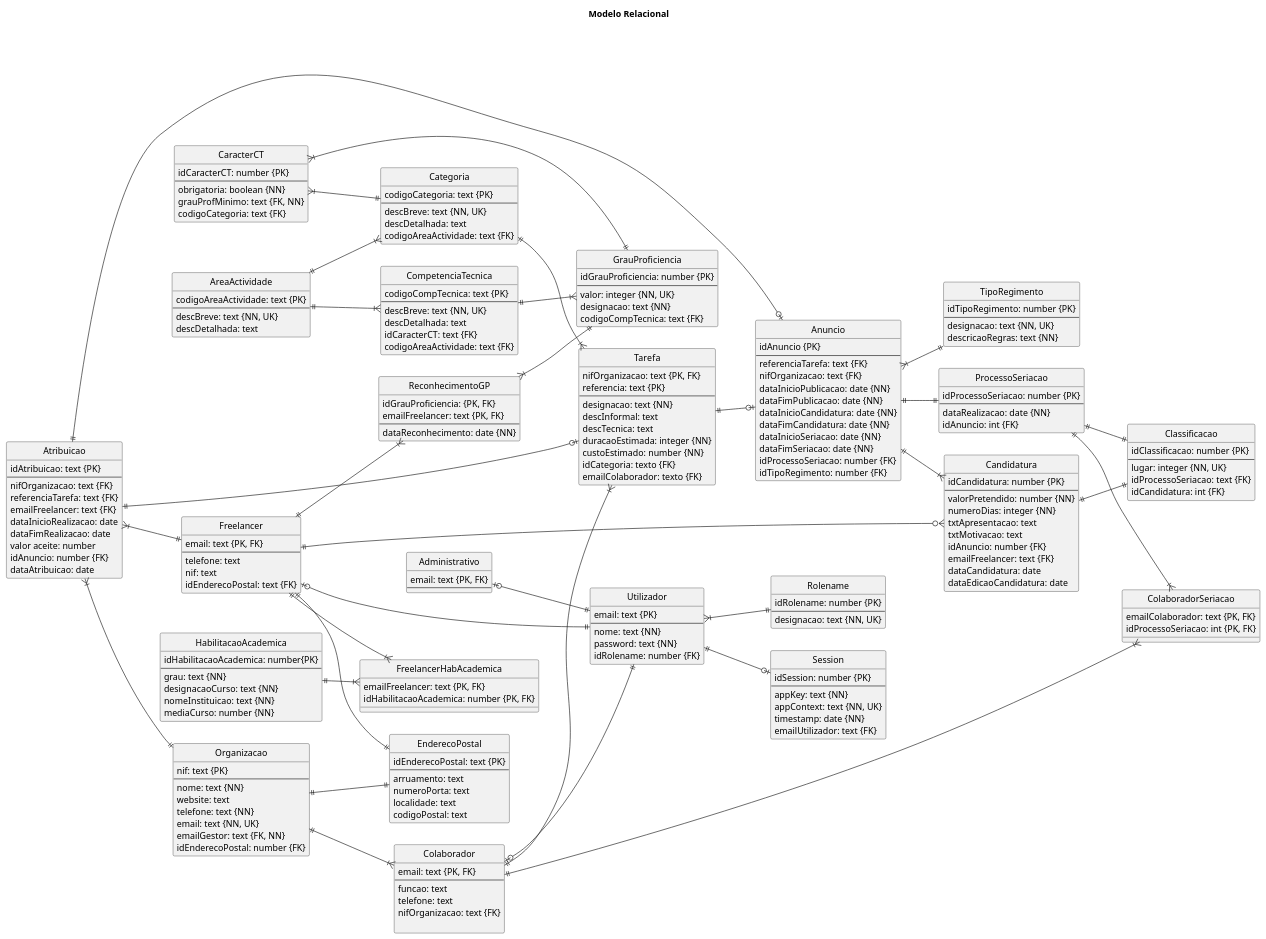
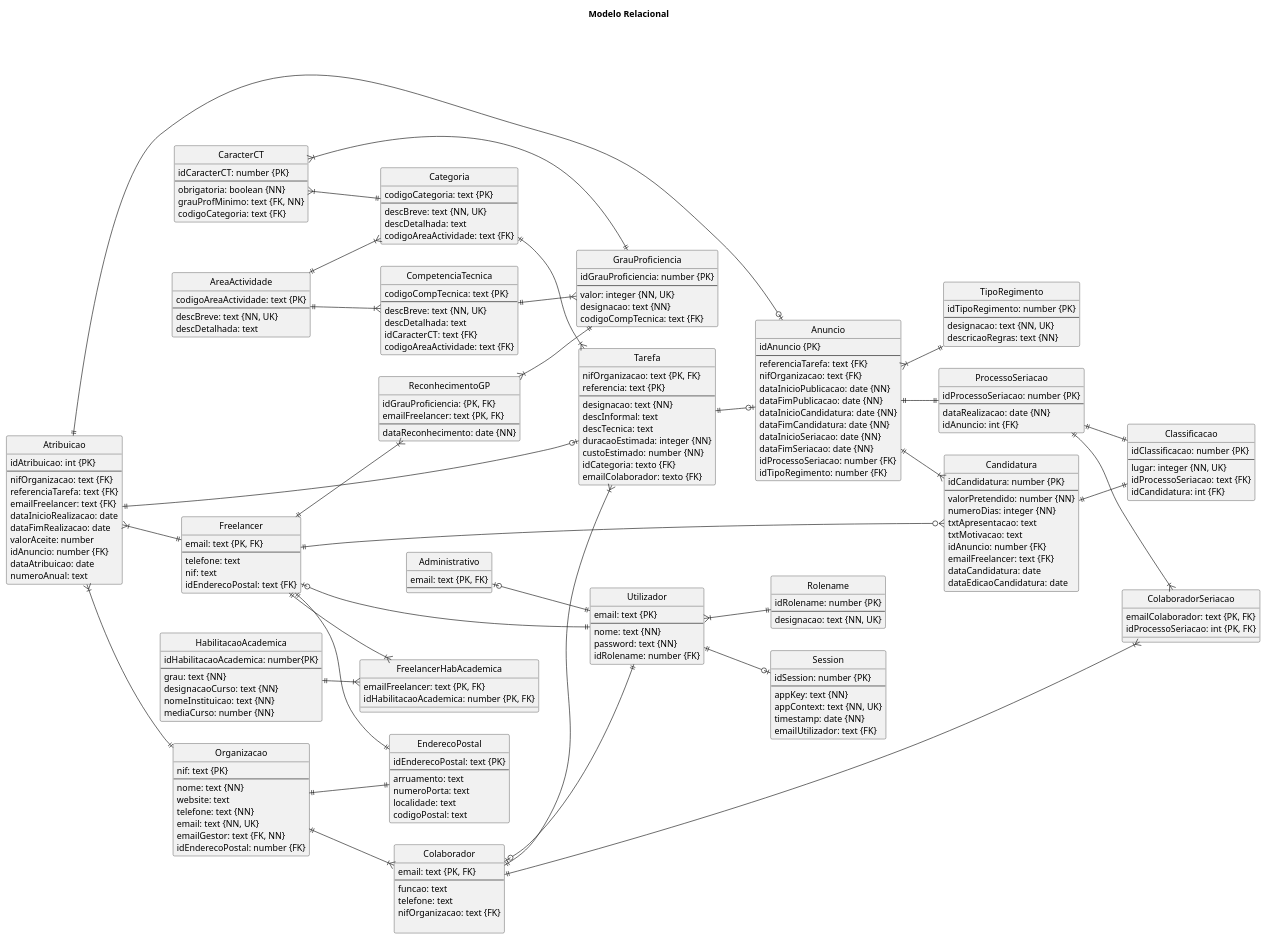
The diagram in BaseDados/Modelo_Relacional.puml (blestonbandeiraUPSKILL/upskill_java1_labprg_grupo2), drawn with PlantUML before and after one commit. The commit also changed 6 other files, not shown here.

```diff
--- a/BaseDados/Modelo_Relacional.puml
+++ b/BaseDados/Modelo_Relacional.puml
@@ -202,16 +202,17 @@
 }
 
 entity "Atribuicao" {
-    idAtribuicao: text {PK}
+    idAtribuicao: int {PK}
     --
     nifOrganizacao: text {FK}
     referenciaTarefa: text {FK}
     emailFreelancer: text {FK}
     dataInicioRealizacao: date
     dataFimRealizacao: date
-    valor aceite: number
+    valorAceite: number
     idAnuncio: number {FK}
     dataAtribuicao: date
+    numeroAnual: text
 }
 
 
```
